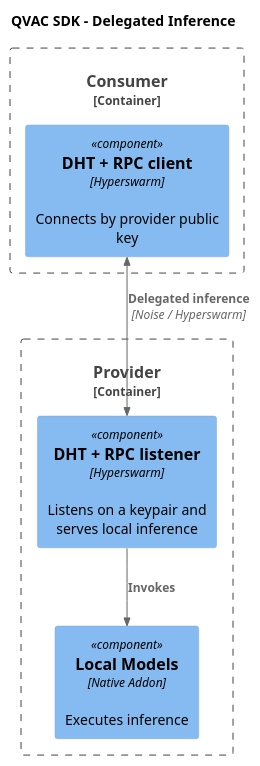
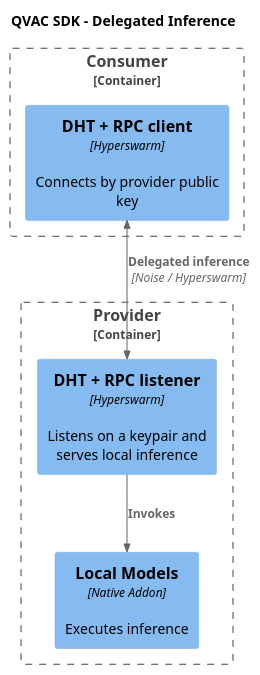
One commit to tetherto/qvac changed the diagram in docs/architecture/puml/09-delegated-inference.puml. Above: the diagram before and after it, drawn with PlantUML. The commit also changed 12 other files, not shown here.

First line of the commit message:
doc[notask]: address architecture diagram review

```diff
--- a/docs/architecture/puml/09-delegated-inference.puml
+++ b/docs/architecture/puml/09-delegated-inference.puml
@@ -1,18 +1,19 @@
 @startuml
 !include <C4/C4_Component>
+HIDE_STEREOTYPE()
 
 title QVAC SDK - Delegated Inference
 
 Container_Boundary(provider, "Provider") {
     Component(listener, "DHT + RPC listener", "Hyperswarm", "Listens on a keypair and serves local inference")
     Component(local_model, "Local Models", "Native Addon", "Executes inference")
 }
 
 Container_Boundary(consumer, "Consumer") {
     Component(dialer, "DHT + RPC client", "Hyperswarm", "Connects by provider public key")
 }
 
 Rel(listener, local_model, "Invokes")
 BiRel(dialer, listener, "Delegated inference", "Noise / Hyperswarm")
 
 @enduml
```
